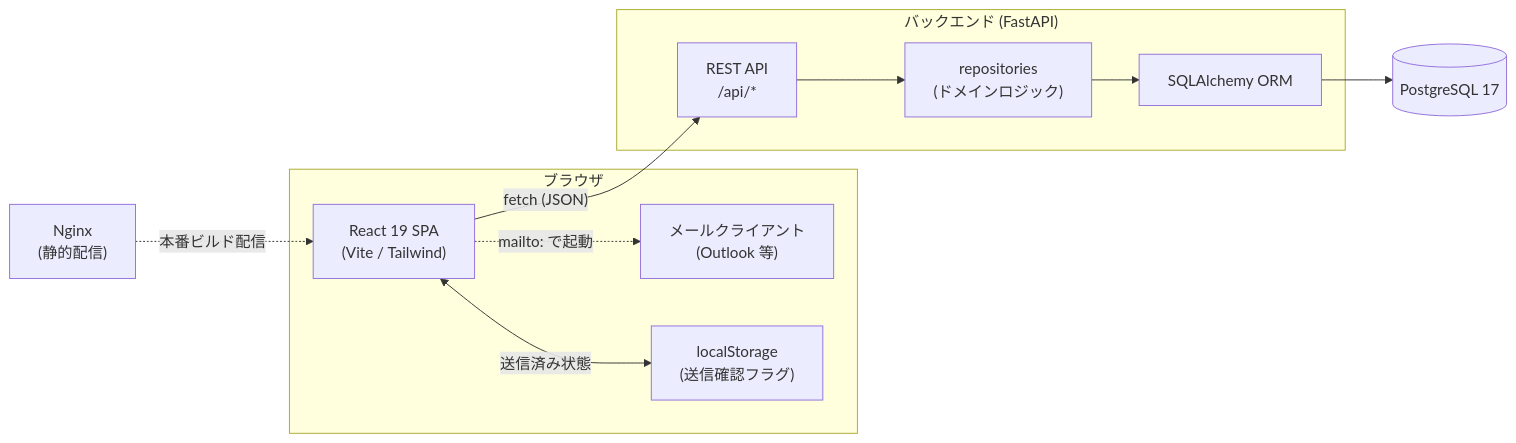
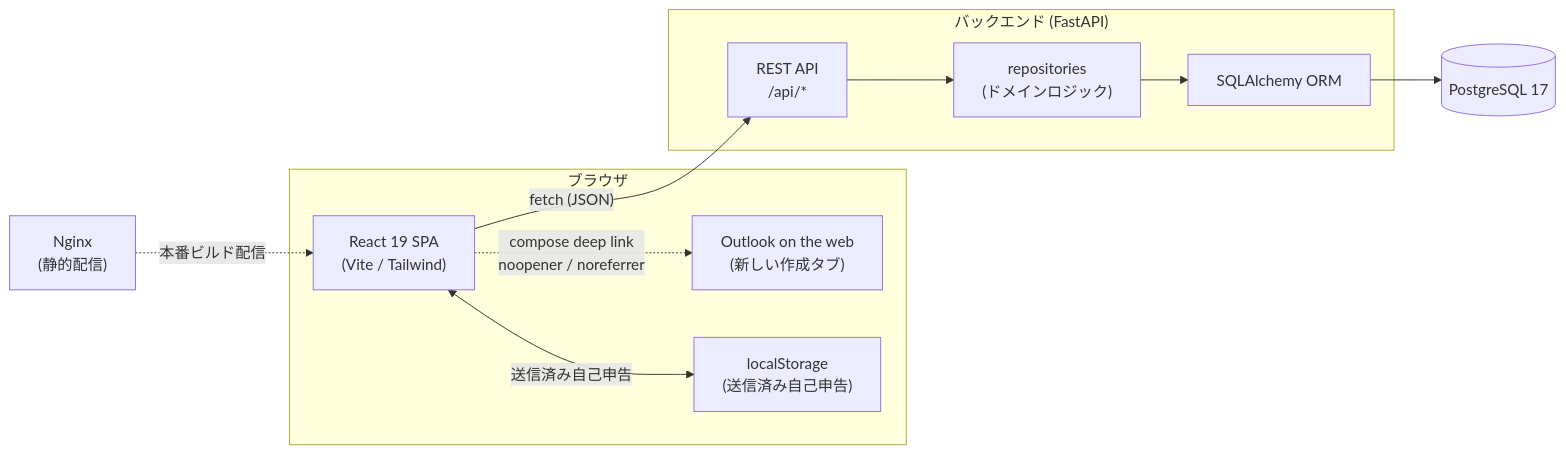
One commit to sudabon/laborman changed the first of 2 diagrams in docs/ARCHITECTURE.md. Above: the diagram before and after it, drawn with Mermaid. The commit also changed other lines of this file and 21 other files, not shown here.

Commit message:
use-outlook-web-app

````diff
--- a/docs/ARCHITECTURE.md
+++ b/docs/ARCHITECTURE.md
@@ -7,23 +7,23 @@
 ```mermaid
 flowchart LR
     subgraph Client["ブラウザ"]
         SPA["React 19 SPA<br/>(Vite / Tailwind)"]
-        Mailer["メールクライアント<br/>(Outlook 等)"]
-        LS["localStorage<br/>(送信確認フラグ)"]
+        OWA["Outlook on the web<br/>(新しい作成タブ)"]
+        LS["localStorage<br/>(送信済み自己申告)"]
     end
 
     subgraph Server["バックエンド (FastAPI)"]
         API["REST API<br/>/api/*"]
         Repo["repositories<br/>(ドメインロジック)"]
         ORM["SQLAlchemy ORM"]
     end
 
     DB[("PostgreSQL 17")]
 
     SPA -->|"fetch (JSON)"| API
-    SPA -.->|"mailto: で起動"| Mailer
-    SPA <-->|"送信済み状態"| LS
+    SPA -.->|"compose deep link<br/>noopener / noreferrer"| OWA
+    SPA <-->|"送信済み自己申告"| LS
     API --> Repo --> ORM --> DB
 
     Nginx["Nginx<br/>(静的配信)"] -.->|"本番ビルド配信"| SPA
 ```
````
